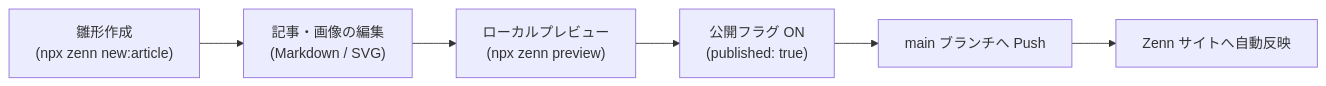
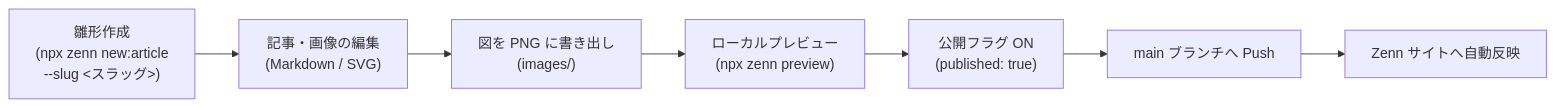
One commit to shin4488/zenn changed the diagram in README.md. Above: the diagram before and after it, drawn with Mermaid. The commit also changed other lines of this file and 1 other file, not shown here.

Commit message:
docs: 記事の作成手順と動作確認の決まりを実際の運用に合わせる
READMEのnew:articleは--slugがなく、zenn-cliがランダムなスラッグを付けるため、英単語ベースのスラッグを使うAGENTS.mdの決まりと合わなかった。執筆・公開フローの図には、記事が参照するPNGへの書き出しが抜けていた。AGENTS.mdの動作確認はすべてのコードにtscを求めていたが、shellやPromQLのコードを載せた記事もあるため、tscはTypeScriptのコードに限った。

````diff
--- a/README.md
+++ b/README.md
@@ -8,8 +8,9 @@
 ```mermaid
 flowchart LR
-    New["雛形作成<br>(npx zenn new:article)"] --> Write["記事・画像の編集<br>(Markdown / SVG)"]
-    Write --> Preview["ローカルプレビュー<br>(npx zenn preview)"]
+    New["雛形作成<br>(npx zenn new:article<br>--slug #lt;スラッグ#gt;)"] --> Write["記事・画像の編集<br>(Markdown / SVG)"]
+    Write --> Export["図を PNG に書き出し<br>(images/)"]
+    Export --> Preview["ローカルプレビュー<br>(npx zenn preview)"]
     Preview --> Publish["公開フラグ ON<br>(published: true)"]
     Publish --> Push["main ブランチへ Push"]
     Push --> Zenn["Zenn サイトへ自動反映"]
 ```
````
